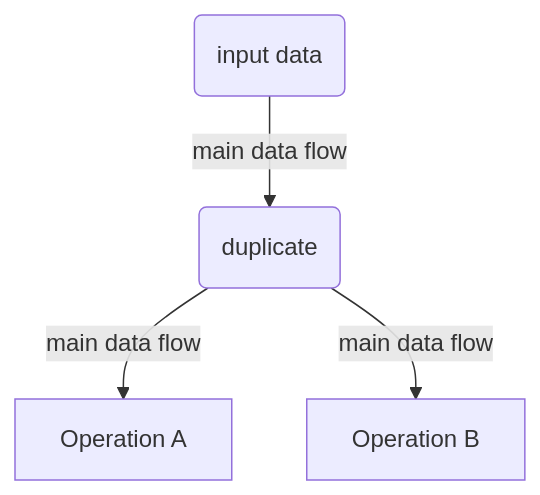
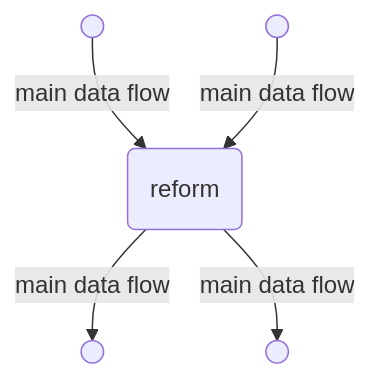
One commit to windwhiterain/Elf changed the tenth of 18 diagrams in readme.md. Above: the diagram before and after it, drawn with Mermaid. The commit also changed other lines of this file, not shown here.

````diff
--- a/readme.md
+++ b/readme.md
@@ -308,4 +336,5 @@
 ```mermaid
 graph TB
-    in(input data)--main data flow-->du(duplicate)--main data flow-->op1[Operation A] & op2[Operation B]
+    o3(( )) & o4(( )) --main data flow-->du(reform)
+    --main data flow-->o1(( )) & o2(( ))
 ```
````
